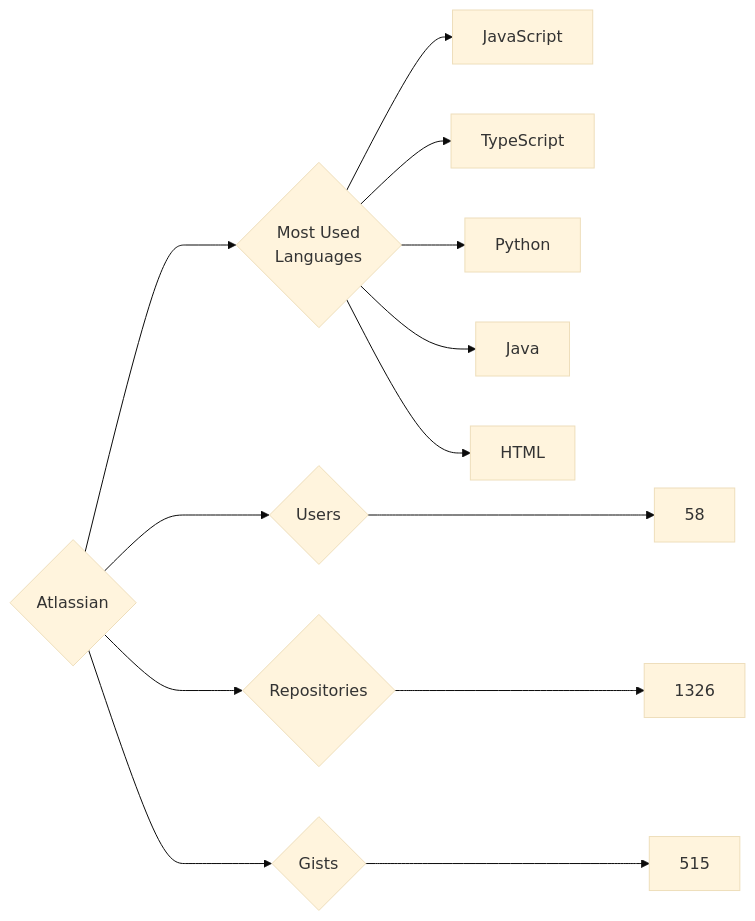
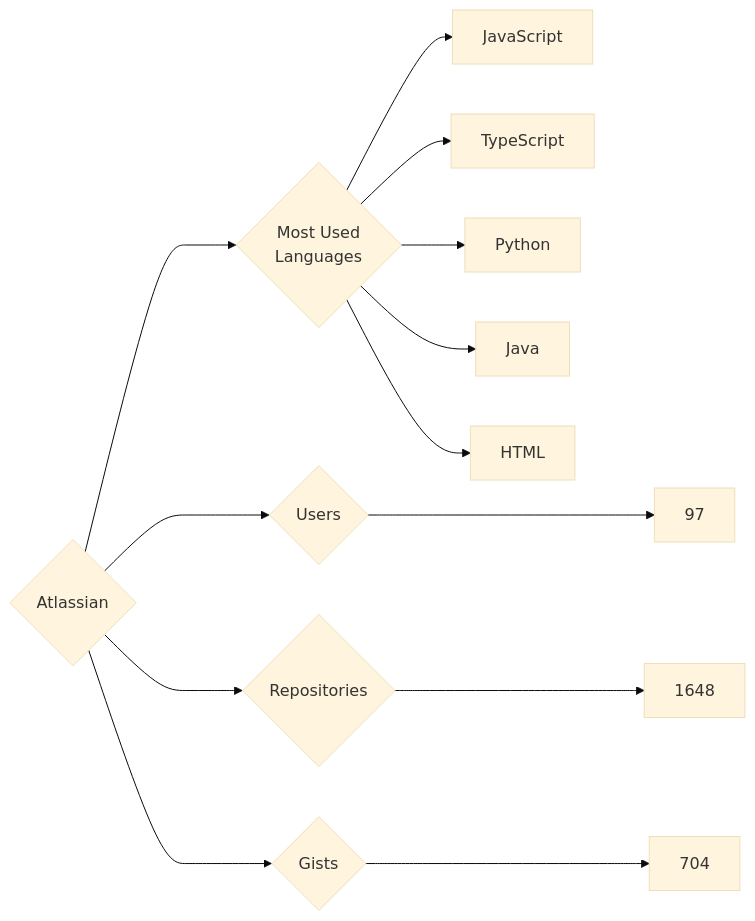
One commit to trickest/insiders changed the diagram in targets/Atlassian/README.md. Above: the diagram before and after it, drawn with Mermaid (base theme). The commit also changed 953 other files, not shown here.

````diff
--- a/targets/Atlassian/README.md
+++ b/targets/Atlassian/README.md
@@ -3,13 +3,13 @@
 ```mermaid
 graph LR
 COMPANY_NAME{Atlassian}
-COMPANY_NAME ---> U{Users} ---> UN[58]
-COMPANY_NAME ---> R{Repositories} ---> RN[1326]
-COMPANY_NAME ---> G{Gists} ---> GN[515]
+COMPANY_NAME ---> U{Users} ---> UN[97]
+COMPANY_NAME ---> R{Repositories} ---> RN[1648]
+COMPANY_NAME ---> G{Gists} ---> GN[704]
 COMPANY_NAME ---> ML{Most Used<br>Languages}
 ML --> JavaScript[JavaScript]
 ML --> TypeScript[TypeScript]
 ML --> Python[Python]
 ML --> Java[Java]
 ML --> HTML[HTML]
 ```
````
